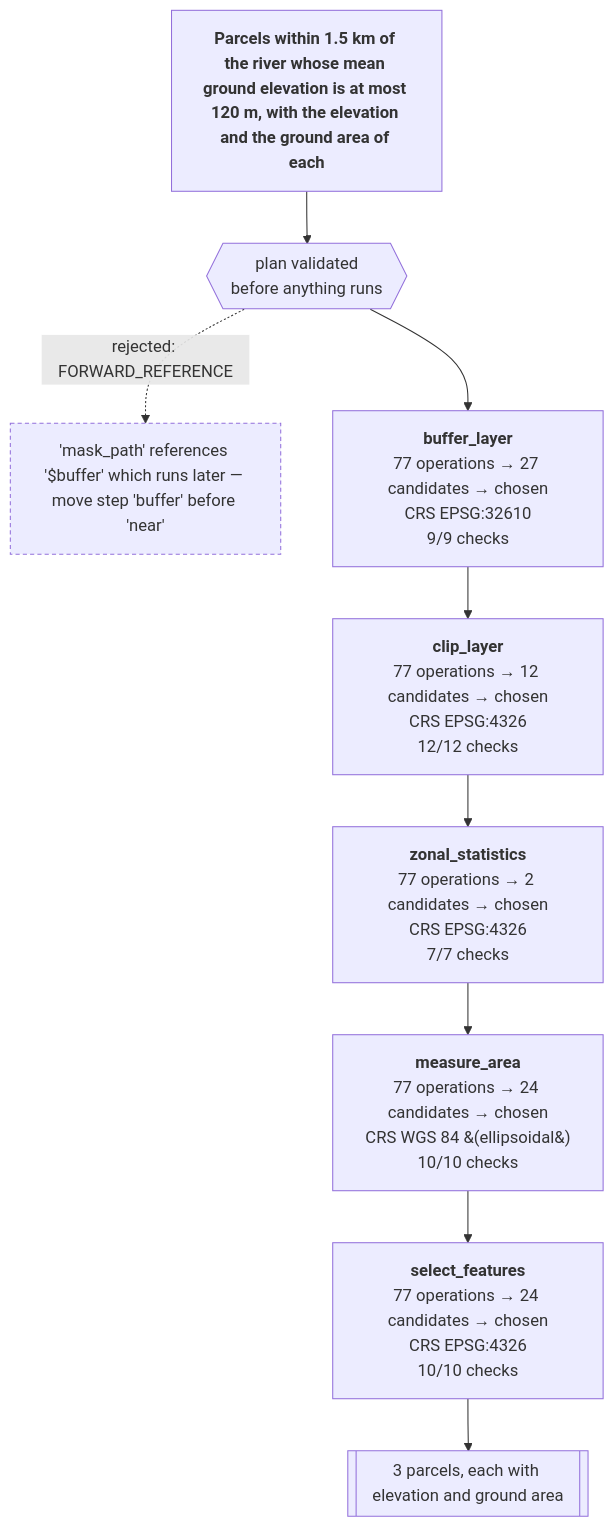
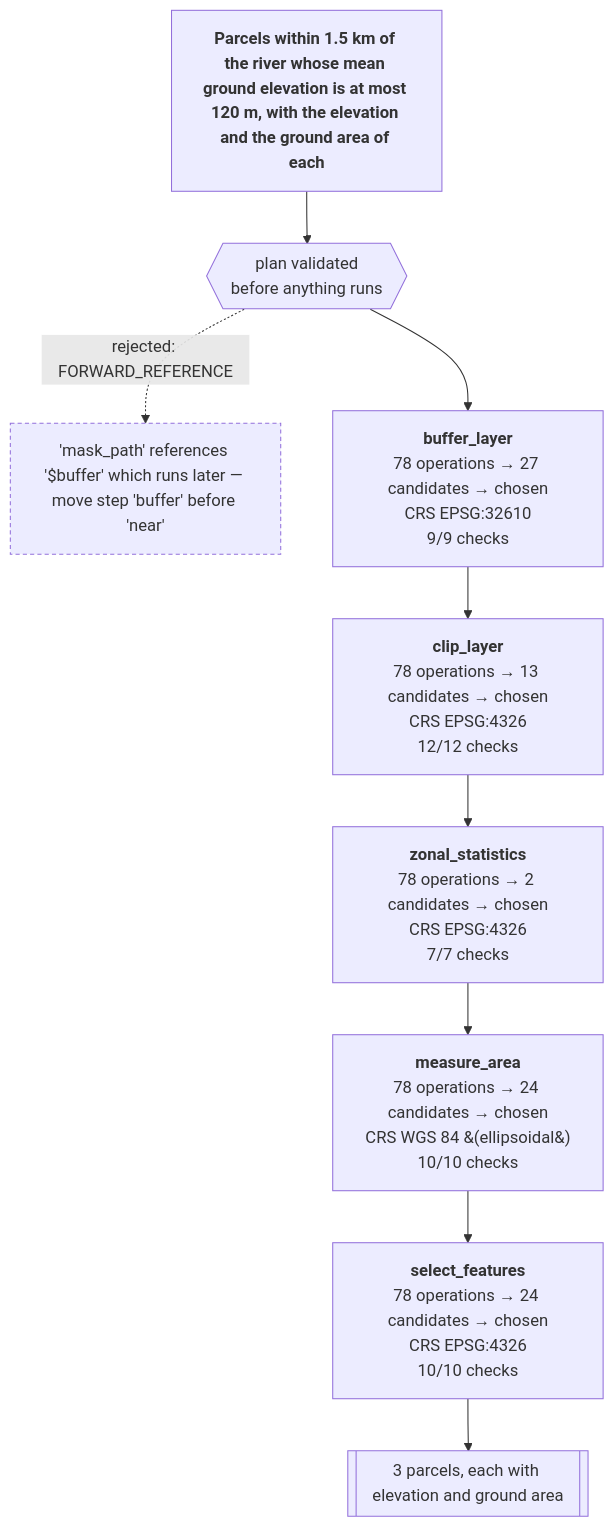
Before and after one commit to mapsmith-ai/MapSmith: the diagram in README.md, drawn with Mermaid. The commit also changed other lines of this file and 9 other files, not shown here.

````diff
--- a/README.md
+++ b/README.md
@@ -89,20 +89,20 @@
 ```mermaid
 flowchart TB
   ASK["<b>Parcels within 1.5 km of the river whose mean ground elevation is at most 120 m, with the elevation and the ground area of each</b>"]
   ASK --> PLAN{{"plan validated<br/>before anything runs"}}
   PLAN -. "rejected: FORWARD_REFERENCE" .-> BAD["'mask_path' references '$buffer' which runs later — move step 'buffer' before 'near'"]
   BAD:::bad
-  BUFFER["<b>buffer_layer</b><br/>77 operations &rarr; 27 candidates &rarr; chosen<br/>CRS EPSG:32610<br/>9/9 checks"]
+  BUFFER["<b>buffer_layer</b><br/>78 operations &rarr; 27 candidates &rarr; chosen<br/>CRS EPSG:32610<br/>9/9 checks"]
   PLAN --> BUFFER
-  NEAR["<b>clip_layer</b><br/>77 operations &rarr; 12 candidates &rarr; chosen<br/>CRS EPSG:4326<br/>12/12 checks"]
+  NEAR["<b>clip_layer</b><br/>78 operations &rarr; 13 candidates &rarr; chosen<br/>CRS EPSG:4326<br/>12/12 checks"]
   BUFFER --> NEAR
-  HEIGHT["<b>zonal_statistics</b><br/>77 operations &rarr; 2 candidates &rarr; chosen<br/>CRS EPSG:4326<br/>7/7 checks"]
+  HEIGHT["<b>zonal_statistics</b><br/>78 operations &rarr; 2 candidates &rarr; chosen<br/>CRS EPSG:4326<br/>7/7 checks"]
   NEAR --> HEIGHT
-  AREA["<b>measure_area</b><br/>77 operations &rarr; 24 candidates &rarr; chosen<br/>CRS WGS 84 &#40;ellipsoidal&#41;<br/>10/10 checks"]
+  AREA["<b>measure_area</b><br/>78 operations &rarr; 24 candidates &rarr; chosen<br/>CRS WGS 84 &#40;ellipsoidal&#41;<br/>10/10 checks"]
   HEIGHT --> AREA
-  FILTER["<b>select_features</b><br/>77 operations &rarr; 24 candidates &rarr; chosen<br/>CRS EPSG:4326<br/>10/10 checks"]
+  FILTER["<b>select_features</b><br/>78 operations &rarr; 24 candidates &rarr; chosen<br/>CRS EPSG:4326<br/>10/10 checks"]
   AREA --> FILTER
   OUT[["3 parcels, each with elevation and ground area"]]
   FILTER --> OUT
   classDef bad stroke-dasharray: 4 3
 ```
````
